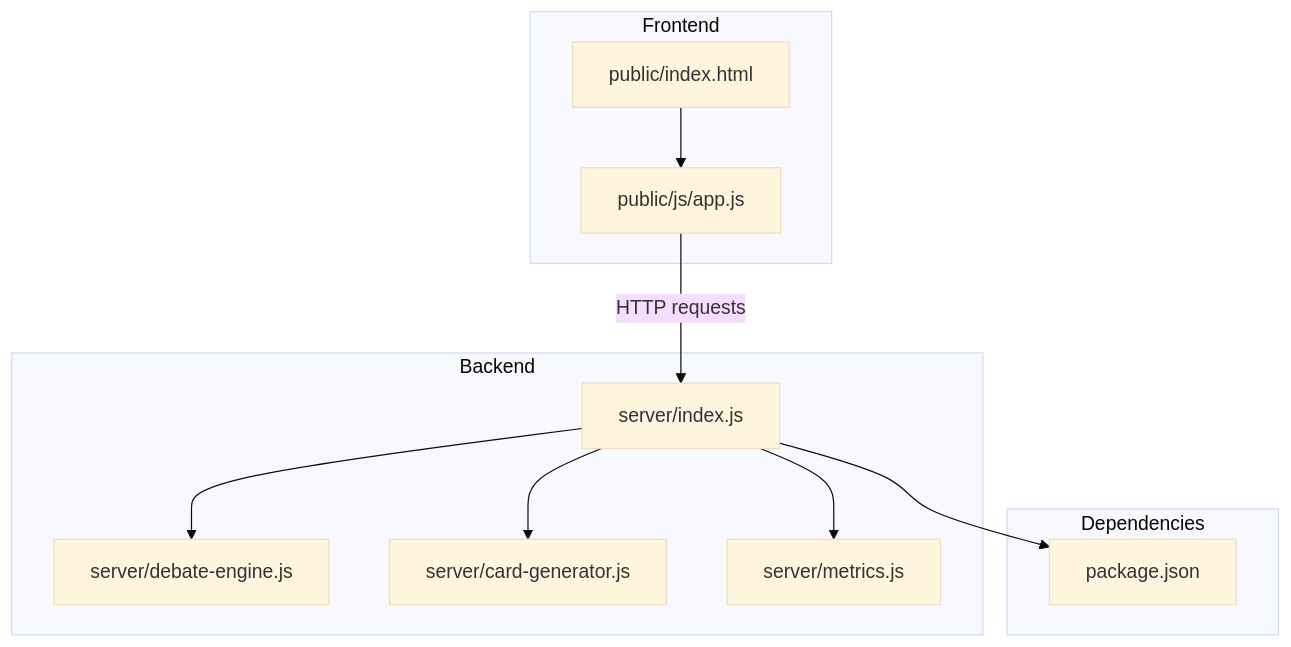
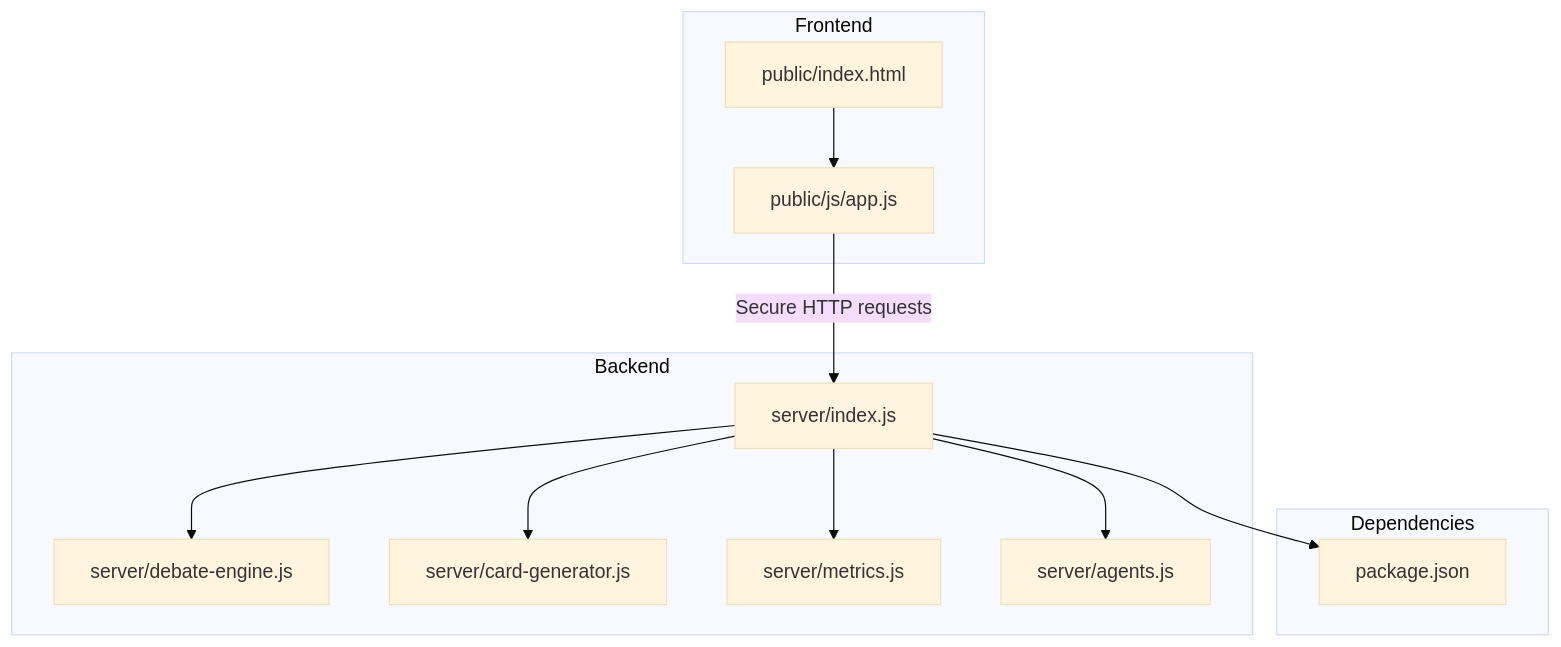
Before and after one commit to RunTimeAdmin/tri-ai: the first of 8 diagrams in .qoder/repowiki/en/content/System Architecture/Security Architecture.md, drawn with Mermaid (base theme). The commit also changed other lines of this file and 21 other files, not shown here.

````diff
--- a/.qoder/repowiki/en/content/System Architecture/Security Architecture.md
+++ b/.qoder/repowiki/en/content/System Architecture/Security Architecture.md
@@ -39,22 +52,24 @@
 ```mermaid
 graph TB
 subgraph "Frontend"
 FE_App["public/js/app.js"]
 FE_HTML["public/index.html"]
 end
 subgraph "Backend"
 BE_Index["server/index.js"]
 BE_Debate["server/debate-engine.js"]
 BE_Card["server/card-generator.js"]
 BE_Metrics["server/metrics.js"]
+BE_Agents["server/agents.js"]
 end
 subgraph "Dependencies"
 Pkg["package.json"]
 end
-FE_App --> |"HTTP requests"| BE_Index
+FE_App --> |"Secure HTTP requests"| BE_Index
 FE_HTML --> FE_App
 BE_Index --> BE_Debate
 BE_Index --> BE_Card
 BE_Index --> BE_Metrics
+BE_Index --> BE_Agents
 BE_Index --> Pkg
 ```
````
